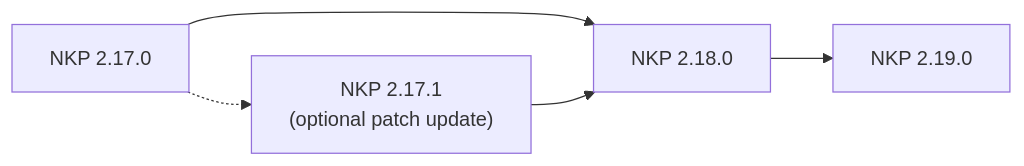
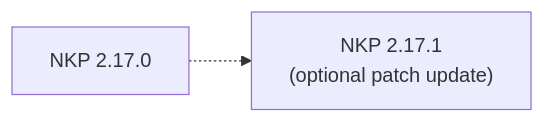
The diagram in docs/upgrades/index.md (jlnhnng/nkp-field-docs), drawn with Mermaid before and after one commit. The commit also changed other lines of this file and 46 other files, not shown here.

````diff
--- a/docs/upgrades/index.md
+++ b/docs/upgrades/index.md
@@ -11,7 +10,4 @@
 ```mermaid
 flowchart LR
-    a["NKP 2.17.0"] --> c["NKP 2.18.0"]
-    a -.-> b["NKP 2.17.1<br/>(optional patch update)"]
-    b --> c
-    c --> d["NKP 2.19.0"]
+    a["NKP 2.17.0"] -.-> b["NKP 2.17.1<br/>(optional patch update)"]
 ```
````
